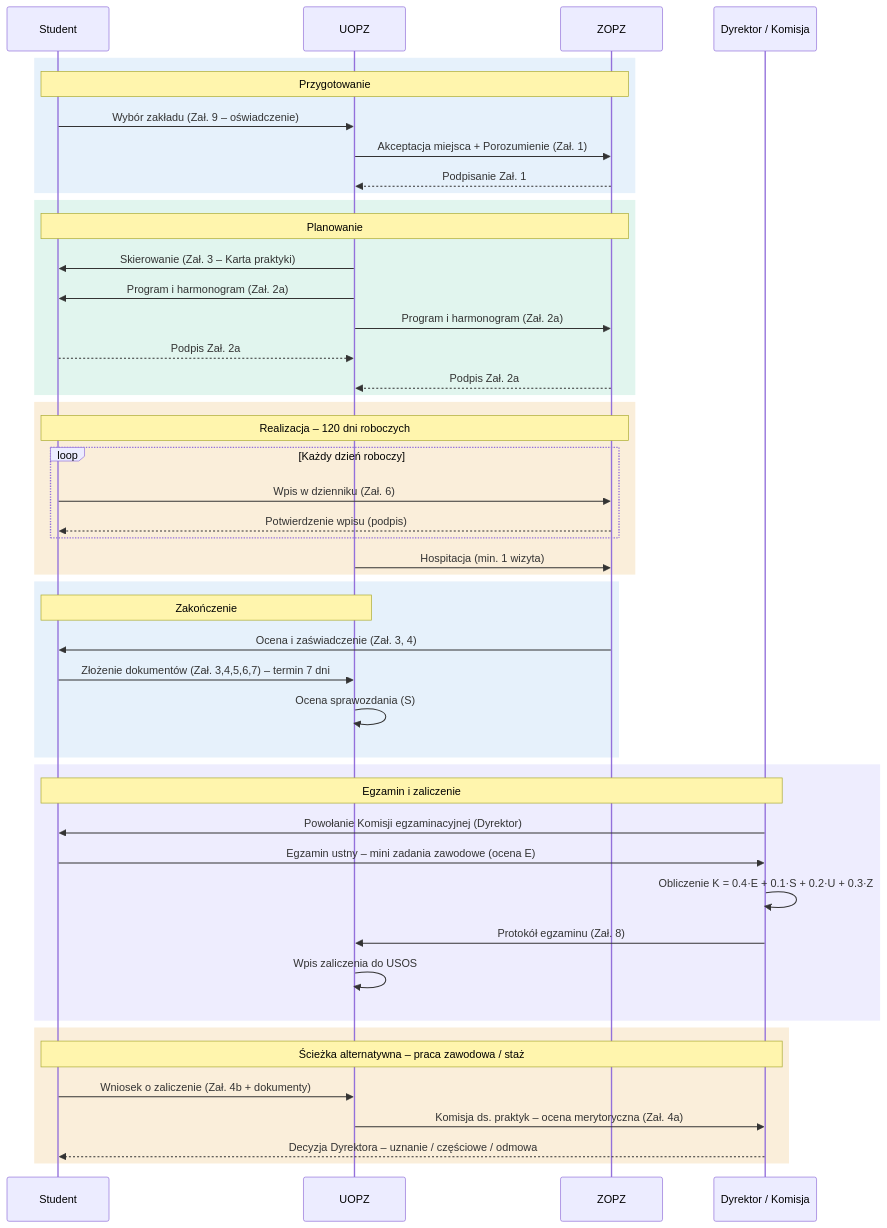
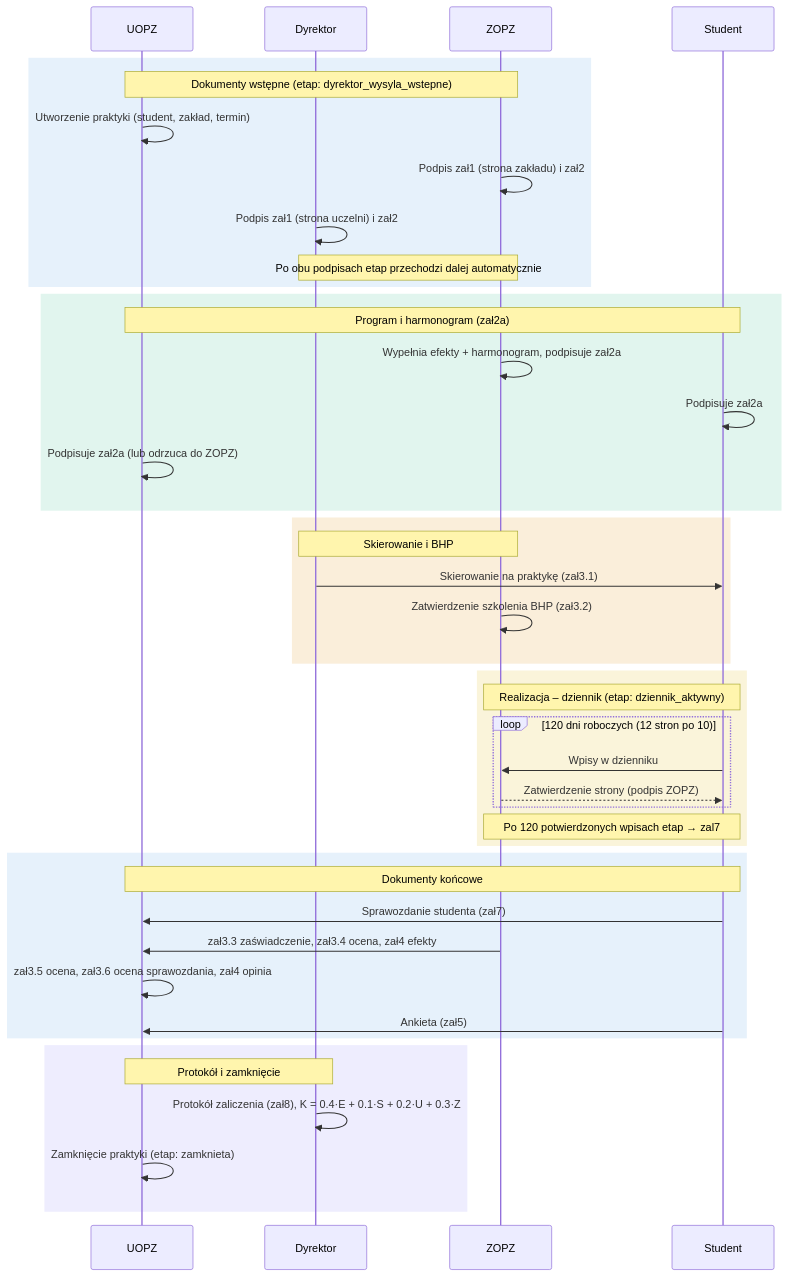
One commit to Adek2k4/adpz_ans changed the diagram in Dokumentacja/Diagramy/Przepływ procesu praktyki zawodowej.md. Above: the diagram before and after it, drawn with Mermaid. The commit also changed other lines of this file and 15 other files, not shown here.

Commit message:
Aktualizacja dokumentacji - baza danych i diagramy

````diff
--- a/Dokumentacja/Diagramy/Przepływ procesu praktyki zawodowej.md
+++ b/Dokumentacja/Diagramy/Przepływ procesu praktyki zawodowej.md
@@ -1,56 +1,51 @@
 ```mermaid
 sequenceDiagram
+    participant U as UOPZ
+    participant D as Dyrektor
+    participant Z as ZOPZ
     participant S as Student
-    participant U as UOPZ
-    participant Z as ZOPZ
-    participant D as Dyrektor / Komisja
 
     rect rgb(230, 241, 251)
-        Note over S,Z: Przygotowanie
-        S->>U: Wybór zakładu (Zał. 9 – oświadczenie)
-        U->>Z: Akceptacja miejsca + Porozumienie (Zał. 1)
-        Z-->>U: Podpisanie Zał. 1
+        Note over U,Z: Dokumenty wstępne (etap: dyrektor_wysyla_wstepne)
+        U->>U: Utworzenie praktyki (student, zakład, termin)
+        Z->>Z: Podpis zał1 (strona zakładu) i zał2
+        D->>D: Podpis zał1 (strona uczelni) i zał2
+        Note over Z,D: Po obu podpisach etap przechodzi dalej automatycznie
     end
 
     rect rgb(225, 245, 238)
-        Note over S,Z: Planowanie
-        U->>S: Skierowanie (Zał. 3 – Karta praktyki)
-        U->>S: Program i harmonogram (Zał. 2a)
-        U->>Z: Program i harmonogram (Zał. 2a)
-        S-->>U: Podpis Zał. 2a
-        Z-->>U: Podpis Zał. 2a
+        Note over S,U: Program i harmonogram (zał2a)
+        Z->>Z: Wypełnia efekty + harmonogram, podpisuje zał2a
+        S->>S: Podpisuje zał2a
+        U->>U: Podpisuje zał2a (lub odrzuca do ZOPZ)
     end
 
     rect rgb(250, 238, 218)
-        Note over S,Z: Realizacja – 120 dni roboczych
-        loop Każdy dzień roboczy
-            S->>Z: Wpis w dzienniku (Zał. 6)
-            Z-->>S: Potwierdzenie wpisu (podpis)
+        Note over D,Z: Skierowanie i BHP
+        D->>S: Skierowanie na praktykę (zał3.1)
+        Z->>Z: Zatwierdzenie szkolenia BHP (zał3.2)
+    end
+
+    rect rgb(250, 244, 218)
+        Note over S,Z: Realizacja – dziennik (etap: dziennik_aktywny)
+        loop 120 dni roboczych (12 stron po 10)
+            S->>Z: Wpisy w dzienniku
+            Z-->>S: Zatwierdzenie strony (podpis ZOPZ)
         end
-        U->>Z: Hospitacja (min. 1 wizyta)
+        Note over S,Z: Po 120 potwierdzonych wpisach etap → zal7
     end
 
     rect rgb(230, 241, 251)
-        Note over S,U: Zakończenie
-        Z->>S: Ocena i zaświadczenie (Zał. 3, 4)
-        S->>U: Złożenie dokumentów (Zał. 3,4,5,6,7) – termin 7 dni
-        U->>U: Ocena sprawozdania (S)
+        Note over S,U: Dokumenty końcowe
+        S->>U: Sprawozdanie studenta (zał7)
+        Z->>U: zał3.3 zaświadczenie, zał3.4 ocena, zał4 efekty
+        U->>U: zał3.5 ocena, zał3.6 ocena sprawozdania, zał4 opinia
+        S->>U: Ankieta (zał5)
     end
 
     rect rgb(238, 237, 254)
-        Note over S,D: Egzamin i zaliczenie
-        D->>S: Powołanie Komisji egzaminacyjnej (Dyrektor)
-        S->>D: Egzamin ustny – mini zadania zawodowe (ocena E)
-        D->>D: Obliczenie K = 0.4·E + 0.1·S + 0.2·U + 0.3·Z
-        D->>U: Protokół egzaminu (Zał. 8)
-        U->>U: Wpis zaliczenia do USOS
+        Note over D,U: Protokół i zamknięcie
+        D->>D: Protokół zaliczenia (zał8), K = 0.4·E + 0.1·S + 0.2·U + 0.3·Z
+        U->>U: Zamknięcie praktyki (etap: zamknieta)
     end
-
-    rect rgb(250, 238, 218)
-        Note over S,D: Ścieżka alternatywna – praca zawodowa / staż
-        S->>U: Wniosek o zaliczenie (Zał. 4b + dokumenty)
-        U->>D: Komisja ds. praktyk – ocena merytoryczna (Zał. 4a)
-        D-->>S: Decyzja Dyrektora – uznanie / częściowe / odmowa
-    end
-
 ```
````
